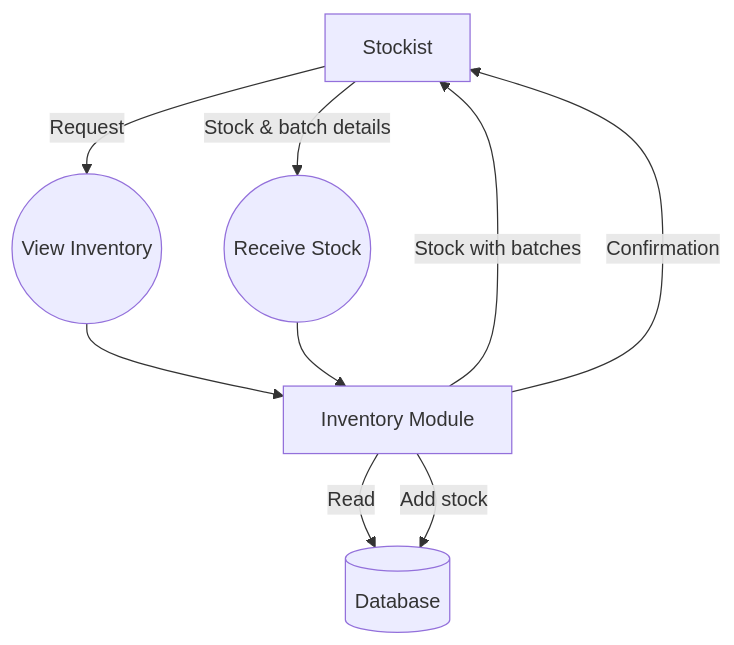
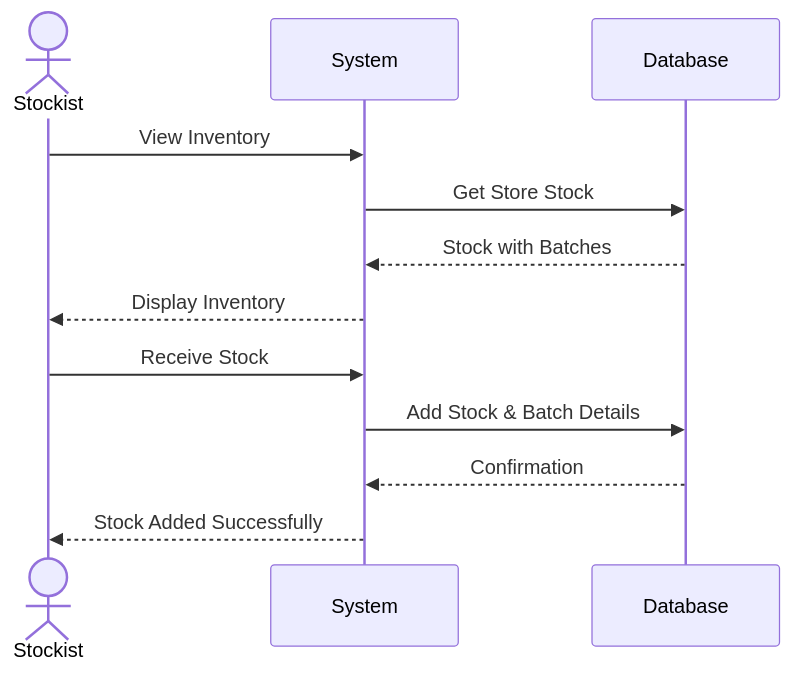
Before and after one commit to rohitagarwal-gkmit/retailpulse-docs: the fourth of 5 diagrams in docs/technical/data_flow.md, drawn with Mermaid. The commit also changed other lines of this file and 4 other files, not shown here.

Commit message:
[chore]: Update architecture and technical documentation to reflect recent changes in tech stack and data flow diagrams

````diff
--- a/docs/technical/data_flow.md
+++ b/docs/technical/data_flow.md
@@ -79,12 +94,16 @@
 ```mermaid
-flowchart TD
-    Stockist[Stockist] -->|Request| P1((View Inventory))
-    P1 --> Inv[Inventory Module]
-    Inv -->|Read| DB[(Database)]
-    Inv -->|Stock with batches| Stockist
+sequenceDiagram
+    actor Stockist
+    participant System
+    participant DB as Database
     
-    Stockist -->|Stock & batch details| P2((Receive Stock))
-    P2 --> Inv
-    Inv -->|Add stock| DB
-    Inv -->|Confirmation| Stockist
+    Stockist->>System: View Inventory
+    System->>DB: Get Store Stock
+    DB-->>System: Stock with Batches
+    System-->>Stockist: Display Inventory
+    
+    Stockist->>System: Receive Stock
+    System->>DB: Add Stock & Batch Details
+    DB-->>System: Confirmation
+    System-->>Stockist: Stock Added Successfully
 ```
````
